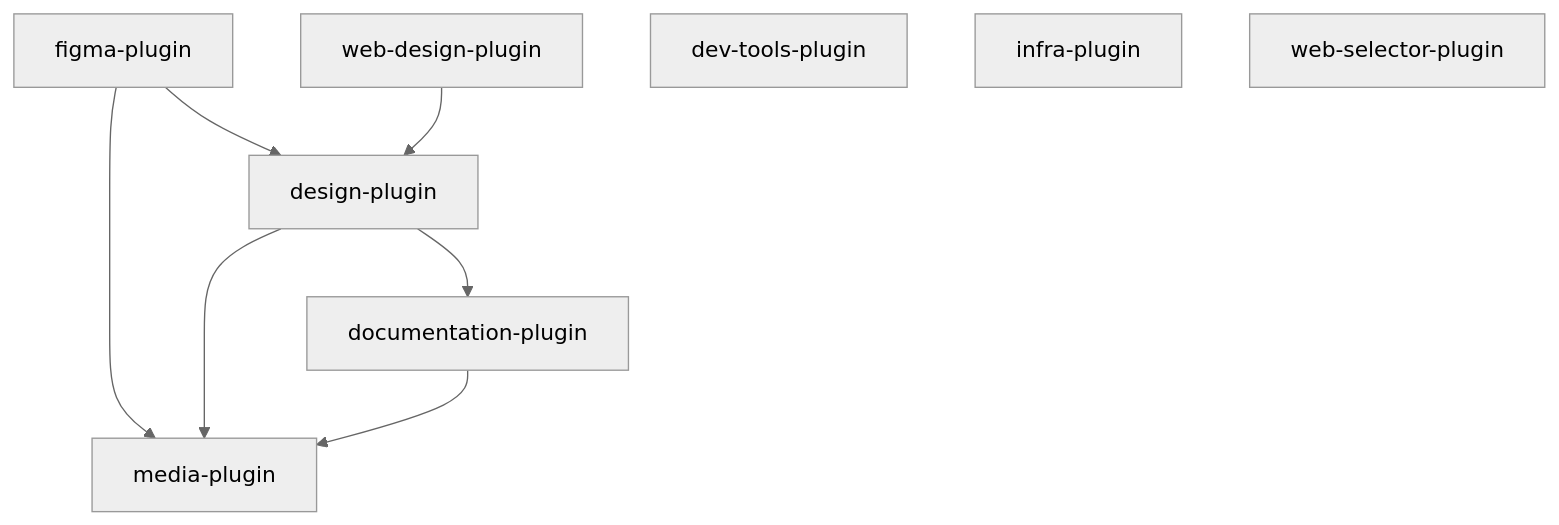
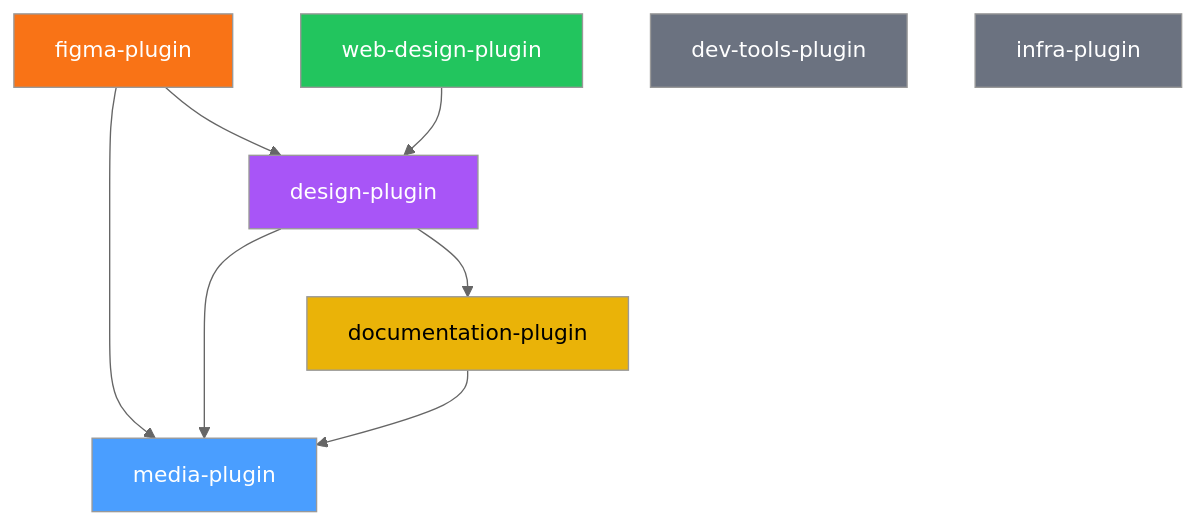
One commit to lukaskellerstein/claude-my-marketplace changed the diagram in README.md. Above: the diagram before and after it, drawn with Mermaid (neutral theme). The commit also changed other lines of this file, not shown here.

Commit message:
update README with badges, version numbers, architecture docs, and remove web-selector-plugin

````diff
--- a/README.md
+++ b/README.md
@@ -72,12 +71,19 @@
 ```mermaid
 graph TD
     figma[figma-plugin] --> media[media-plugin]
     figma --> design[design-plugin]
     webdesign[web-design-plugin] --> design
     design --> media
     design --> docs[documentation-plugin]
     docs --> media
     dev[dev-tools-plugin]
     infra[infra-plugin]
-    selector[web-selector-plugin]
+
+    style media fill:#4a9eff,color:#fff
+    style design fill:#a855f7,color:#fff
+    style webdesign fill:#22c55e,color:#fff
+    style figma fill:#f97316,color:#fff
+    style docs fill:#eab308,color:#000
+    style dev fill:#6b7280,color:#fff
+    style infra fill:#6b7280,color:#fff
 ```
````
